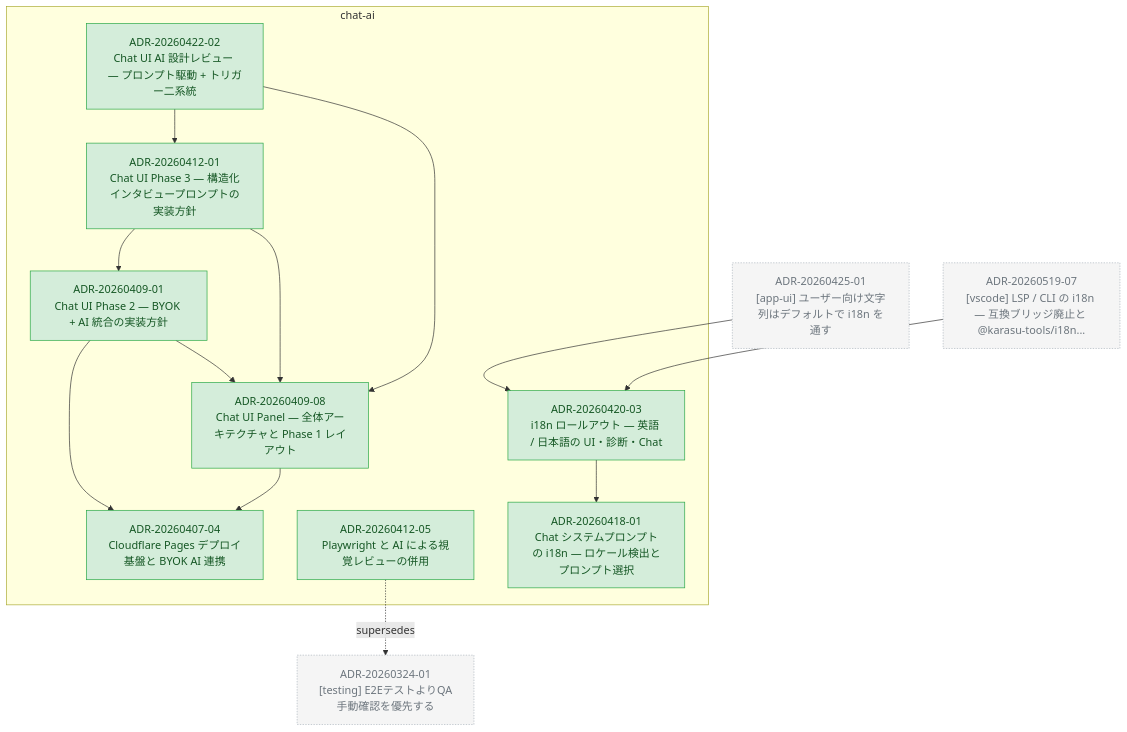
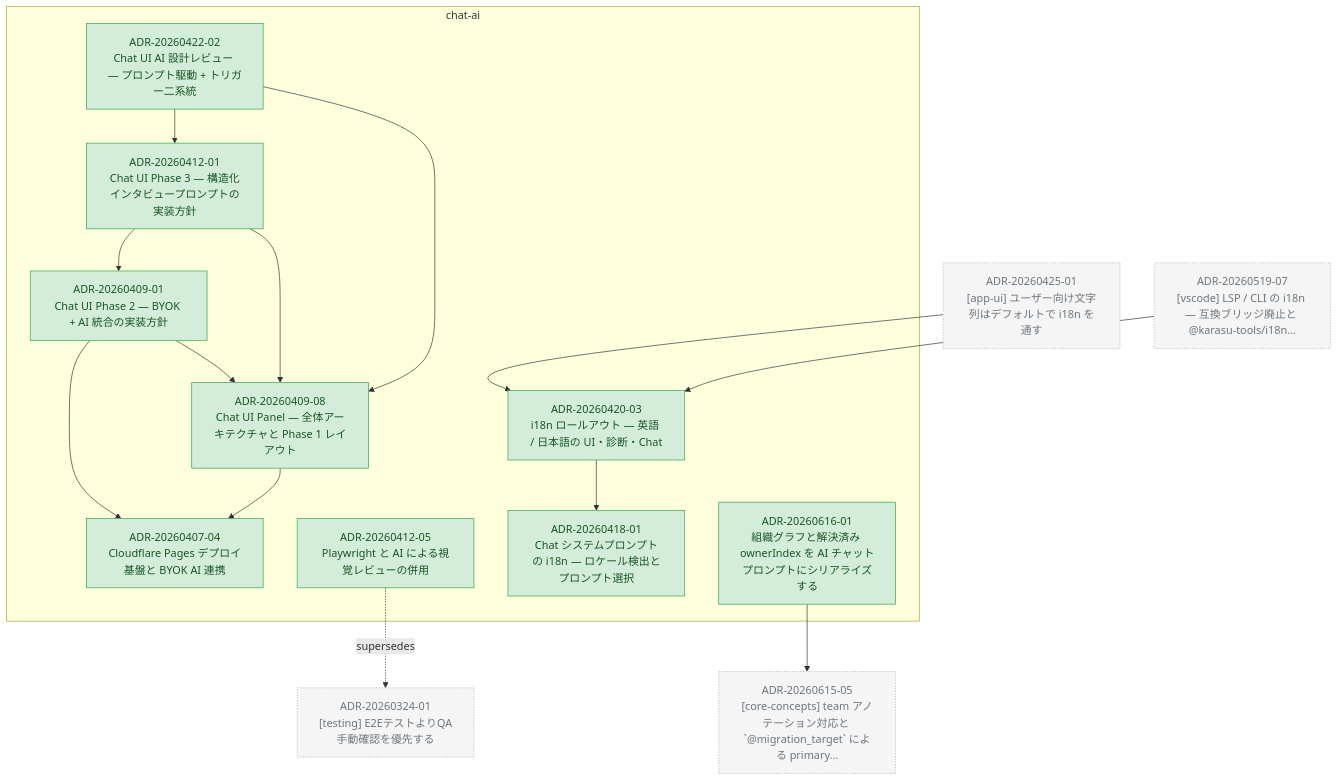
The diagram in docs/adr/graph/chat-ai.md (kompiro/karasu), drawn with Mermaid before and after one commit. The commit also changed other lines of this file and 4 other files, not shown here.

First line of the commit message:
docs(adr): record serializing the org graph + ownerIndex into the chat prompt as ADR-20260616-01

````diff
--- a/docs/adr/graph/chat-ai.md
+++ b/docs/adr/graph/chat-ai.md
@@ -6,45 +6,50 @@
 ```mermaid
 flowchart TD
   subgraph chat-ai["chat-ai"]
     ADR_20260407_04["ADR-20260407-04<br/>Cloudflare Pages デプロイ基盤と BYOK AI 連携"]
     ADR_20260409_01["ADR-20260409-01<br/>Chat UI Phase 2 — BYOK + AI 統合の実装方針"]
     ADR_20260409_08["ADR-20260409-08<br/>Chat UI Panel — 全体アーキテクチャと Phase 1 レイアウト"]
     ADR_20260412_01["ADR-20260412-01<br/>Chat UI Phase 3 — 構造化インタビュープロンプトの実装方針"]
     ADR_20260412_05["ADR-20260412-05<br/>Playwright と AI による視覚レビューの併用"]
     ADR_20260418_01["ADR-20260418-01<br/>Chat システムプロンプトの i18n — ロケール検出とプロンプト選択"]
     ADR_20260420_03["ADR-20260420-03<br/>i18n ロールアウト — 英語 / 日本語の UI・診断・Chat"]
     ADR_20260422_02["ADR-20260422-02<br/>Chat UI AI 設計レビュー — プロンプト駆動 + トリガー二系統"]
+    ADR_20260616_01["ADR-20260616-01<br/>組織グラフと解決済み ownerIndex を AI チャットプロンプトにシリアライズする"]
   end
   ADR_20260324_01["ADR-20260324-01<br/>[testing] E2EテストよりQA手動確認を優先する"]
   ADR_20260425_01["ADR-20260425-01<br/>[app-ui] ユーザー向け文字列はデフォルトで i18n を通す"]
   ADR_20260519_07["ADR-20260519-07<br/>[vscode] LSP / CLI の i18n — 互換ブリッジ廃止と @karasu-tools/i18n..."]
+  ADR_20260615_05["ADR-20260615-05<br/>[core-concepts] team アノテーション対応と `@migration_target` による primary..."]
   ADR_20260409_01 --> ADR_20260409_08
   ADR_20260409_01 --> ADR_20260407_04
   ADR_20260409_08 --> ADR_20260407_04
   ADR_20260412_01 --> ADR_20260409_01
   ADR_20260412_01 --> ADR_20260409_08
   ADR_20260420_03 --> ADR_20260418_01
   ADR_20260422_02 --> ADR_20260409_08
   ADR_20260422_02 --> ADR_20260412_01
+  ADR_20260616_01 --> ADR_20260615_05
   ADR_20260425_01 --> ADR_20260420_03
   ADR_20260519_07 --> ADR_20260420_03
   ADR_20260412_05 -.supersedes.-> ADR_20260324_01
 
   classDef accepted fill:#d4edda,stroke:#28a745,color:#155724
   classDef proposed fill:#fff3cd,stroke:#ffc107,color:#856404
   classDef deprecated fill:#f8d7da,stroke:#dc3545,color:#721c24
   classDef superseded fill:#e2e3e5,stroke:#6c757d,color:#383d41
   classDef not_adopted fill:#e2e3e5,stroke:#6c757d,color:#383d41,stroke-dasharray:3 3
   classDef ghost fill:#f5f5f5,stroke:#adb5bd,color:#6c757d,stroke-dasharray:2 2
   class ADR_20260407_04 accepted
   class ADR_20260409_01 accepted
   class ADR_20260409_08 accepted
   class ADR_20260412_01 accepted
   class ADR_20260412_05 accepted
   class ADR_20260418_01 accepted
   class ADR_20260420_03 accepted
   class ADR_20260422_02 accepted
+  class ADR_20260616_01 accepted
   class ADR_20260324_01 ghost
   class ADR_20260425_01 ghost
   class ADR_20260519_07 ghost
+  class ADR_20260615_05 ghost
 ```
````
